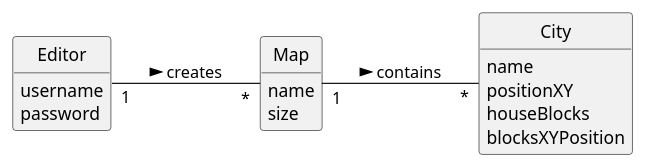
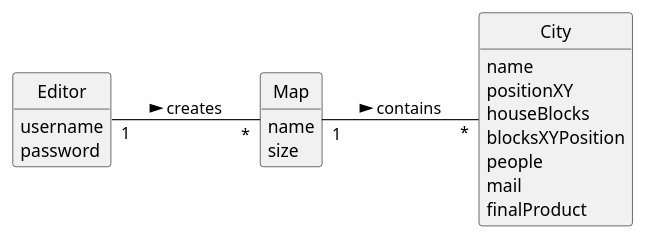
One commit to 1240935/pi2-railway-simulator changed the diagram in docsFinais/US003/02.analysis/puml/US003-DM.puml. Above: the diagram before and after it, drawn with PlantUML. The commit also changed 21 other files, not shown here.

```diff
--- a/docsFinais/US003/02.analysis/puml/US003-DM.puml
+++ b/docsFinais/US003/02.analysis/puml/US003-DM.puml
@@ -1,36 +1,39 @@
 @startuml
 skinparam monochrome true
 skinparam packageStyle rectangle
 skinparam shadowing false
 'skinparam linetype ortho
 'left to right direction
 skinparam classAttributeIconSize 0
 hide circle
 hide methods
 
 hide circle
 hide methods
 
 left to right direction
 
 class Map {
     name
     size
 }
 
 class City {
     name
     positionXY
     houseBlocks
     blocksXYPosition
+    people
+    mail
+    finalProduct
 }
 
 class Editor {
     username
     password
 }
 
 Map "1" -- "*" City : contains >
 Editor "1" -- "*" Map : creates >
 
 @enduml
```
